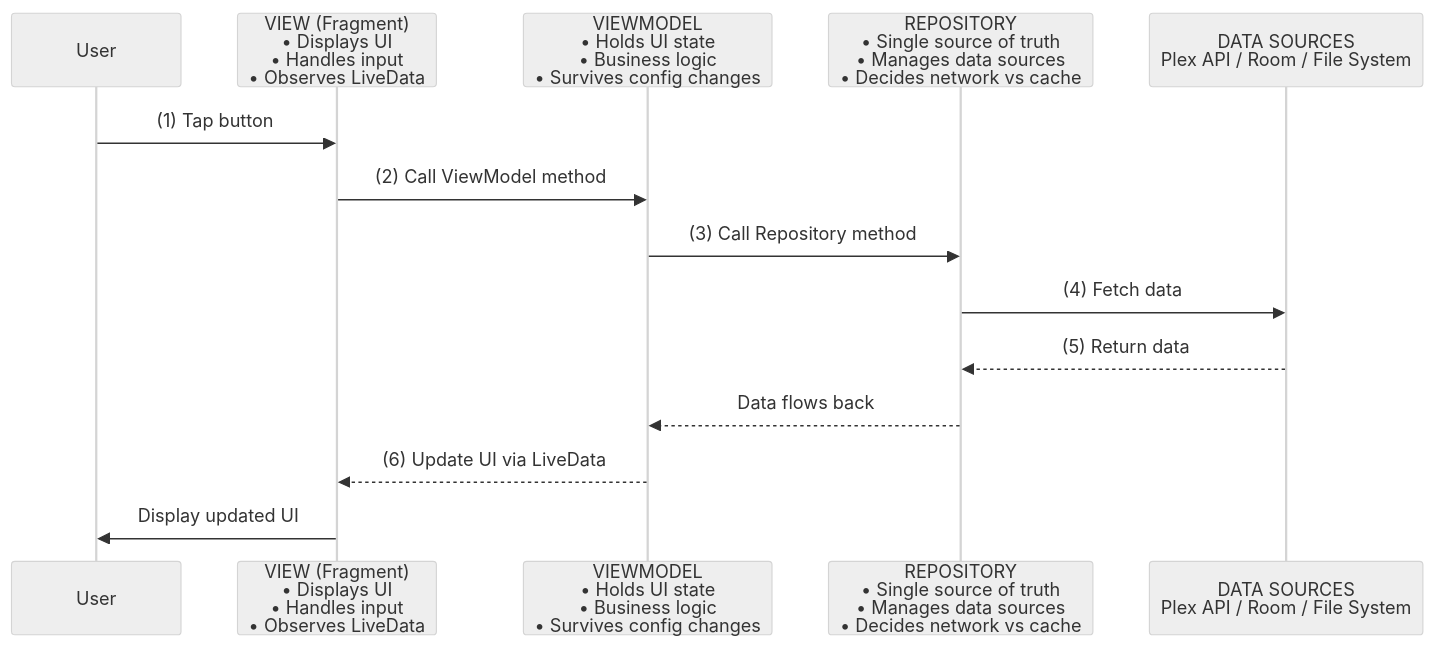
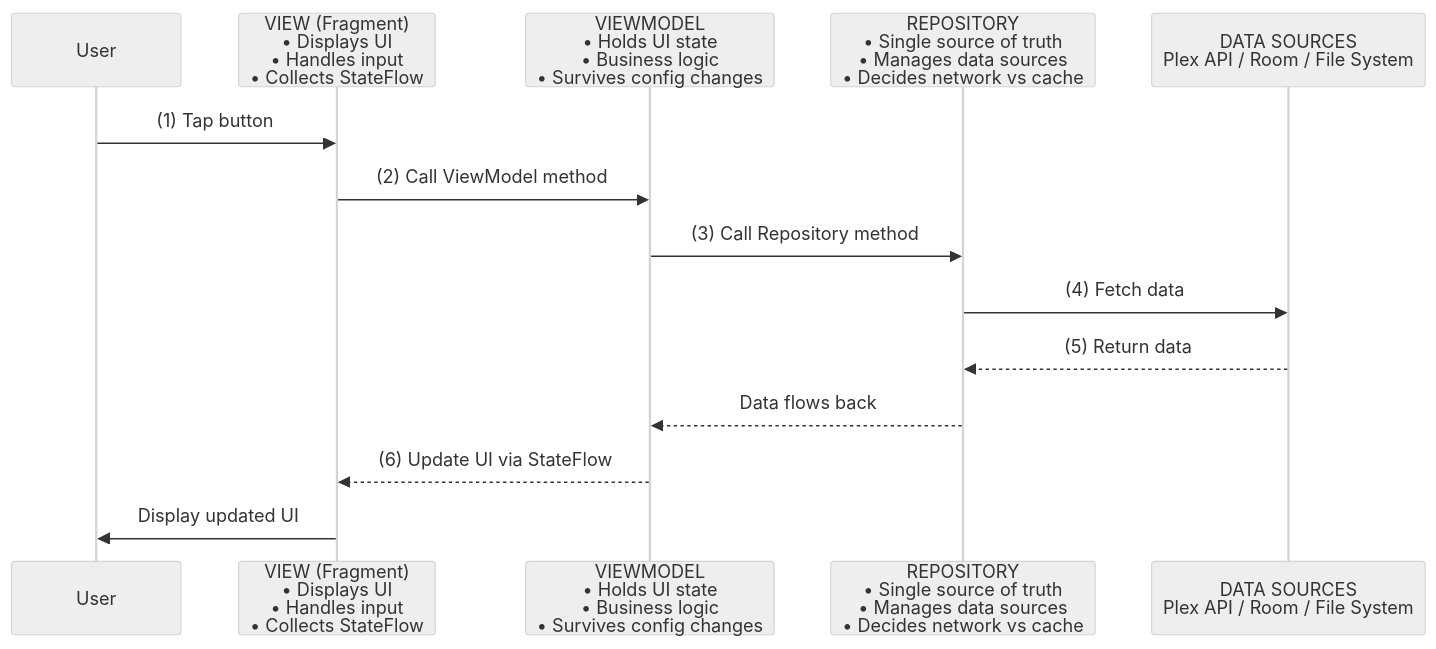
Before and after one commit to alebianco/chronicle: the second of 8 diagrams in backlog/docs/reference/07-visual-guide.md, drawn with Mermaid (neutral theme). The commit also changed other lines of this file and 7 other files, not shown here.

````diff
--- a/backlog/docs/reference/07-visual-guide.md
+++ b/backlog/docs/reference/07-visual-guide.md
@@ -69,17 +69,17 @@
 ```mermaid
 sequenceDiagram
     participant User
-    participant View as VIEW (Fragment)<br/>• Displays UI<br/>• Handles input<br/>• Observes LiveData
+    participant View as VIEW (Fragment)<br/>• Displays UI<br/>• Handles input<br/>• Collects StateFlow
     participant VM as VIEWMODEL<br/>• Holds UI state<br/>• Business logic<br/>• Survives config changes
     participant Repo as REPOSITORY<br/>• Single source of truth<br/>• Manages data sources<br/>• Decides network vs cache
     participant DS as DATA SOURCES<br/>Plex API / Room / File System
     
     User->>View: (1) Tap button
     View->>VM: (2) Call ViewModel method
     VM->>Repo: (3) Call Repository method
     Repo->>DS: (4) Fetch data
     DS-->>Repo: (5) Return data
     Repo-->>VM: Data flows back
-    VM-->>View: (6) Update UI via LiveData
+    VM-->>View: (6) Update UI via StateFlow
     View->>User: Display updated UI
 ```
````
